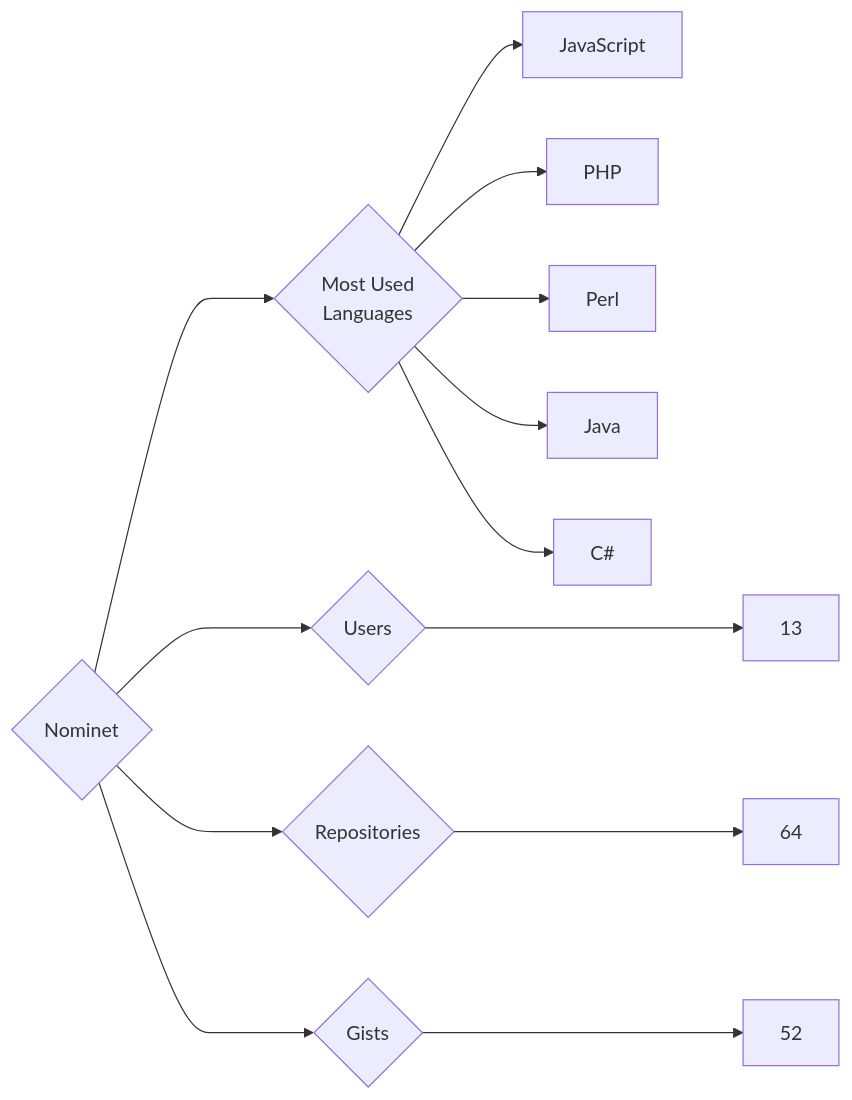
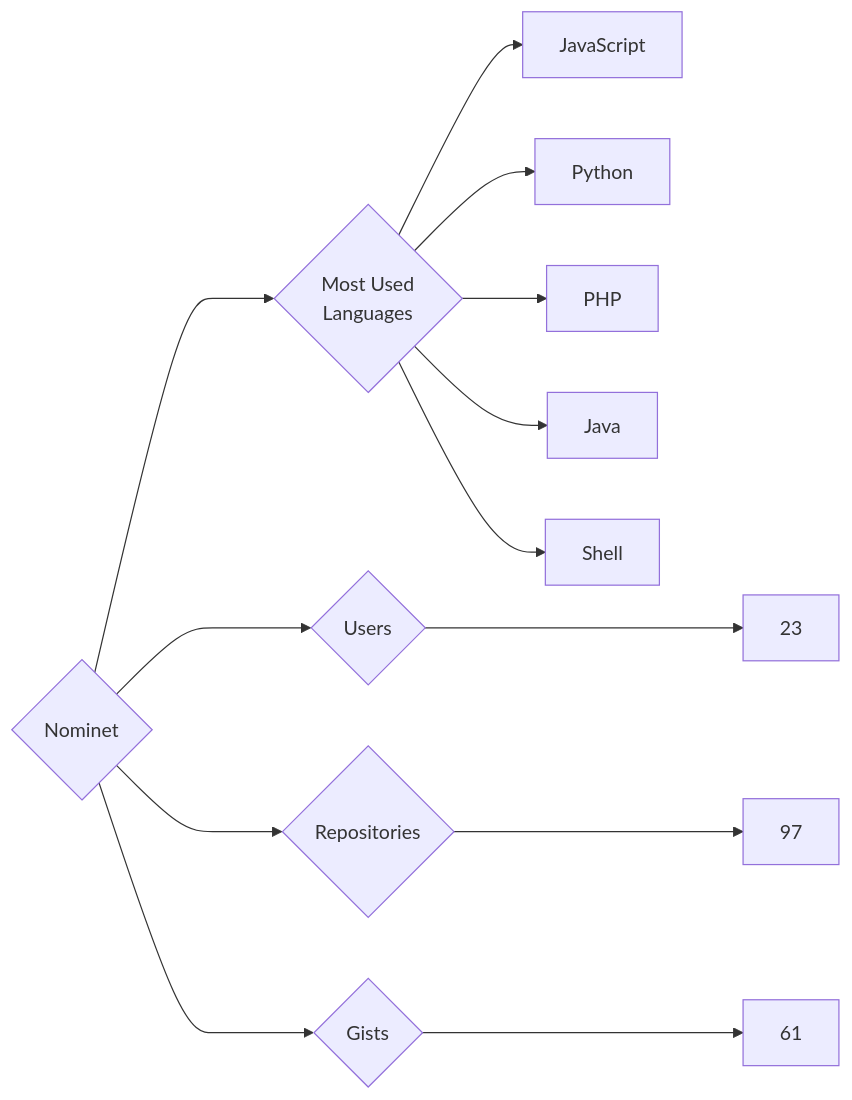
One commit to trickest/insiders changed the diagram in targets/Nominet/README.md. Above: the diagram before and after it, drawn with Mermaid. The commit also changed 940 other files, not shown here.

````diff
--- a/targets/Nominet/README.md
+++ b/targets/Nominet/README.md
@@ -3,13 +3,13 @@
 ```mermaid
 graph LR
 COMPANY_NAME{Nominet}
-COMPANY_NAME ---> U{Users} ---> UN[13]
-COMPANY_NAME ---> R{Repositories} ---> RN[64]
-COMPANY_NAME ---> G{Gists} ---> GN[52]
+COMPANY_NAME ---> U{Users} ---> UN[23]
+COMPANY_NAME ---> R{Repositories} ---> RN[97]
+COMPANY_NAME ---> G{Gists} ---> GN[61]
 COMPANY_NAME ---> ML{Most Used<br>Languages}
 ML --> JavaScript[JavaScript]
+ML --> Python[Python]
 ML --> PHP[PHP]
-ML --> Perl[Perl]
 ML --> Java[Java]
-ML --> C#[C#]
+ML --> Shell[Shell]
 ```
````
